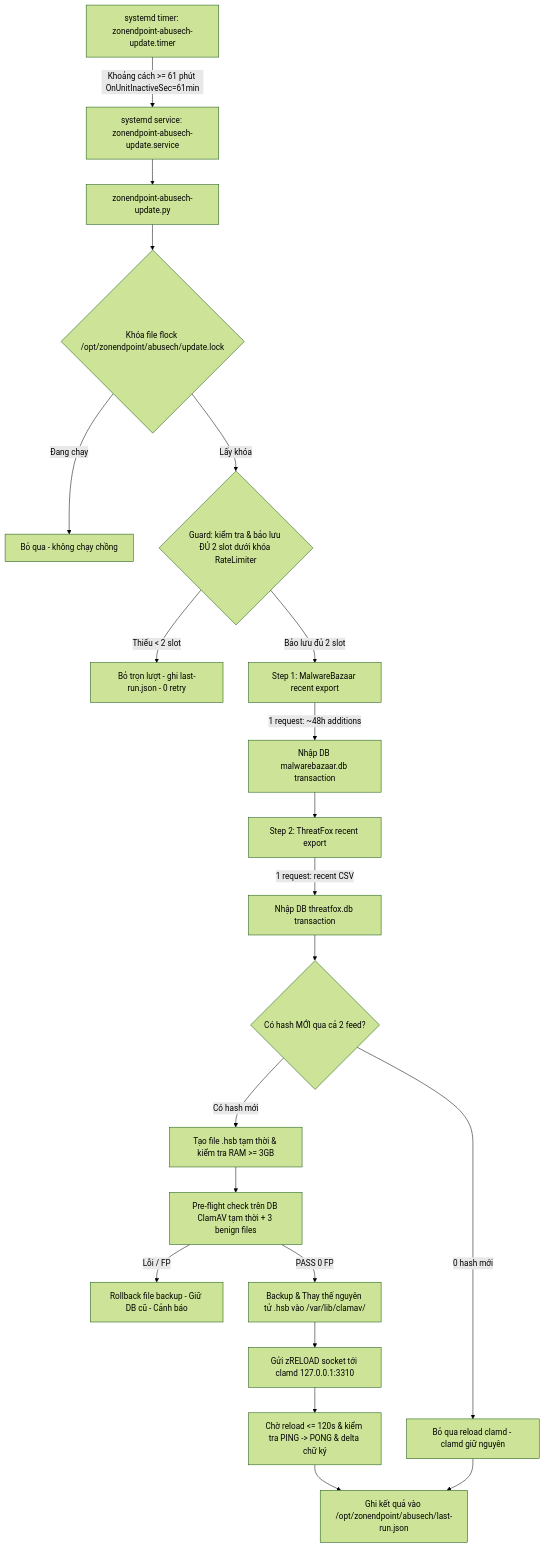
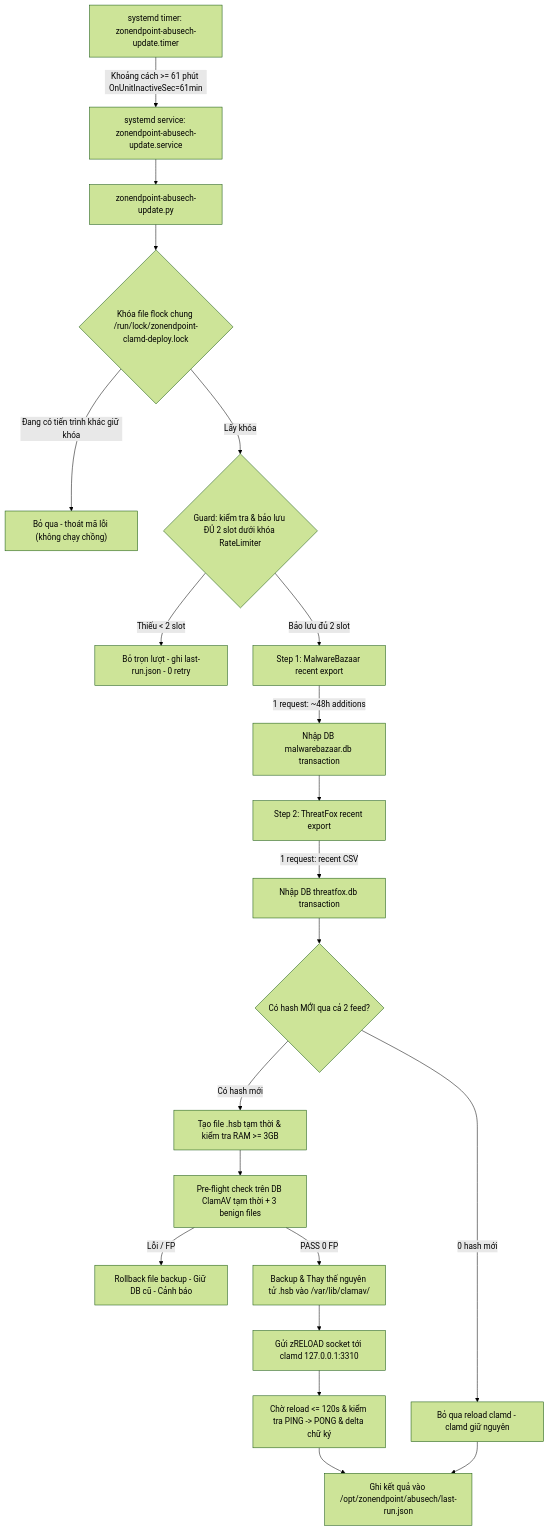
The diagram in docs/ops/abusech-timer.md (quockhanh2376/Zonendpoint), drawn with Mermaid (forest theme) before and after one commit. The commit also changed other lines of this file and 7 other files, not shown here.

````diff
--- a/docs/ops/abusech-timer.md
+++ b/docs/ops/abusech-timer.md
@@ -15,23 +15,23 @@
 ```mermaid
 flowchart TD
     T["systemd timer: zonendpoint-abusech-update.timer"] -->|Khoảng cách >= 61 phút OnUnitInactiveSec=61min| S["systemd service: zonendpoint-abusech-update.service"]
     S --> U["zonendpoint-abusech-update.py"]
-    U --> L{"Khóa file flock /opt/zonendpoint/abusech/update.lock"}
-    L -->|Đang chạy| E1["Bỏ qua - không chạy chồng"]
+    U --> L{"Khóa file flock chung /run/lock/zonendpoint-clamd-deploy.lock"}
+    L -->|Đang có tiến trình khác giữ khóa| E1["Bỏ qua - thoát mã lỗi (không chạy chồng)"]
     L -->|Lấy khóa| R{"Guard: kiểm tra & bảo lưu ĐỦ 2 slot dưới khóa RateLimiter"}
     R -->|Thiếu < 2 slot| E2["Bỏ trọn lượt - ghi last-run.json - 0 retry"]
     R -->|Bảo lưu đủ 2 slot| MB["Step 1: MalwareBazaar recent export"]
     MB -->|1 request: ~48h additions| MBD["Nhập DB malwarebazaar.db transaction"]
     MBD --> TF["Step 2: ThreatFox recent export"]
     TF -->|1 request: recent CSV| TFD["Nhập DB threatfox.db transaction"]
     TFD --> SIG{"Có hash MỚI qua cả 2 feed?"}
     SIG -->|0 hash mới| NR["Bỏ qua reload clamd - clamd giữ nguyên"]
     SIG -->|Có hash mới| DEP["Tạo file .hsb tạm thời & kiểm tra RAM >= 3GB"]
     DEP --> TEST["Pre-flight check trên DB ClamAV tạm thời + 3 benign files"]
     TEST -->|Lỗi / FP| RB["Rollback file backup - Giữ DB cũ - Cảnh báo"]
     TEST -->|PASS 0 FP| SWAP["Backup & Thay thế nguyên tử .hsb vào /var/lib/clamav/"]
     SWAP --> RELOAD["Gửi zRELOAD socket tới clamd 127.0.0.1:3310"]
     RELOAD --> WAIT["Chờ reload <= 120s & kiểm tra PING -> PONG & delta chữ ký"]
     WAIT --> LOG["Ghi kết quả vào /opt/zonendpoint/abusech/last-run.json"]
     NR --> LOG
 ```
````
